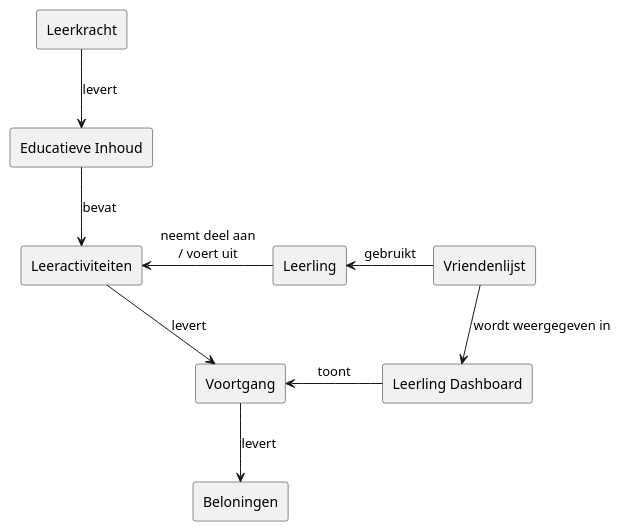
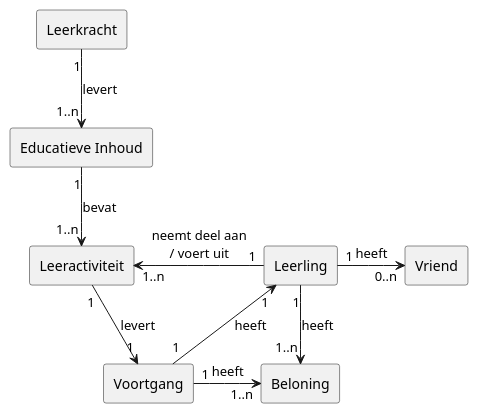
One commit to janvanhest/ap2-cmk changed the diagram in doc/Analyse en ontwerp/conceptual_model.puml. Above: the diagram before and after it, drawn with PlantUML. The commit also changed 3 other files, not shown here.

```diff
--- a/doc/Analyse en ontwerp/conceptual_model.puml
+++ b/doc/Analyse en ontwerp/conceptual_model.puml
@@ -1,33 +1,36 @@
 @startuml
 
 rectangle Leerling
 rectangle Leerkracht
+rectangle Vriend
 rectangle EducatieveInhoud as "Educatieve Inhoud"
 ' rectangle Collectie
 ' rectangle Hoofdstukken
-rectangle Leeractiviteiten
+rectangle Leeractiviteit
 rectangle Voortgang
-rectangle Beloningen
-rectangle SocialeInteractie as "Vriendenlijst"
-rectangle LeerlingDashboard as "Leerling Dashboard"
+rectangle Beloning
+' rectangle Diploma
+' rectangle Badge
+' rectangle SocialeInteractie as "Vriendenlijst"
+' rectangle LeerlingDashboard as "Leerling Dashboard"
 
-Leerkracht -down-> EducatieveInhoud : levert
+Leerkracht "1" -down-> "1..n" EducatieveInhoud : levert
 ' EducatieveInhoud -down-> Collectie : bestaat uit
 ' Collectie -right-> Hoofdstukken : omvat
-' Hoofdstukken -down-> Leeractiviteiten : bevat
-EducatieveInhoud -down-> Leeractiviteiten : bevat
+' Hoofdstukken -down-> Leeractiviteit : bevat
+EducatieveInhoud "1" -down-> "1..n" Leeractiviteit : bevat
 
-Leerling -left-> Leeractiviteiten : "neemt deel aan\n/ voert uit"
-Leeractiviteiten -down-> Voortgang : levert
-Voortgang -down-> Beloningen : levert
-LeerlingDashboard -left-> Voortgang : toont
-SocialeInteractie -down-> LeerlingDashboard : wordt weergegeven in
-SocialeInteractie -left-> Leerling : gebruikt
-' Leerling -down-> Voortgang : toont
-' Leerling -down-> Beloningen : ontvangt
-' Leerling -down-> SocialeInteractie : gebruikt
-' Voortgang -left-> LeerlingDashboard : wordt weergegeven in
-' Beloningen -right-> LeerlingDashboard : wordt weergegeven in
-' SocialeInteractie -right-> LeerlingDashboard : wordt weergegeven in
+Leerling "1" -left-> "1..n" Leeractiviteit : "neemt deel aan\n/ voert uit"
+Leerling "1" -right-> "0..n" Vriend  : heeft
+' Leerling "1" -down-> "1" LeerlingDashboard : heeft
+Leeractiviteit "1" -down-> "1" Voortgang : levert
+Voortgang "1" -up-> "1" Leerling : heeft
+Leerling "1" -down-> "1..n" Beloning : heeft
+Voortgang "1" -right-> "1..n" Beloning : heeft
+' Diploma "1" -up-> "n" Voortgang : heeft
+' Badge "1" -up-> "1" Voortgang : heeft
+' Beloning "1..n" -up-> "1" Diploma : is
+' Beloning "1..n" -up-> "1" Badge : is
+' Beloning "n" -right-> "1" LeerlingDashboard : toont
 
 @enduml
```
